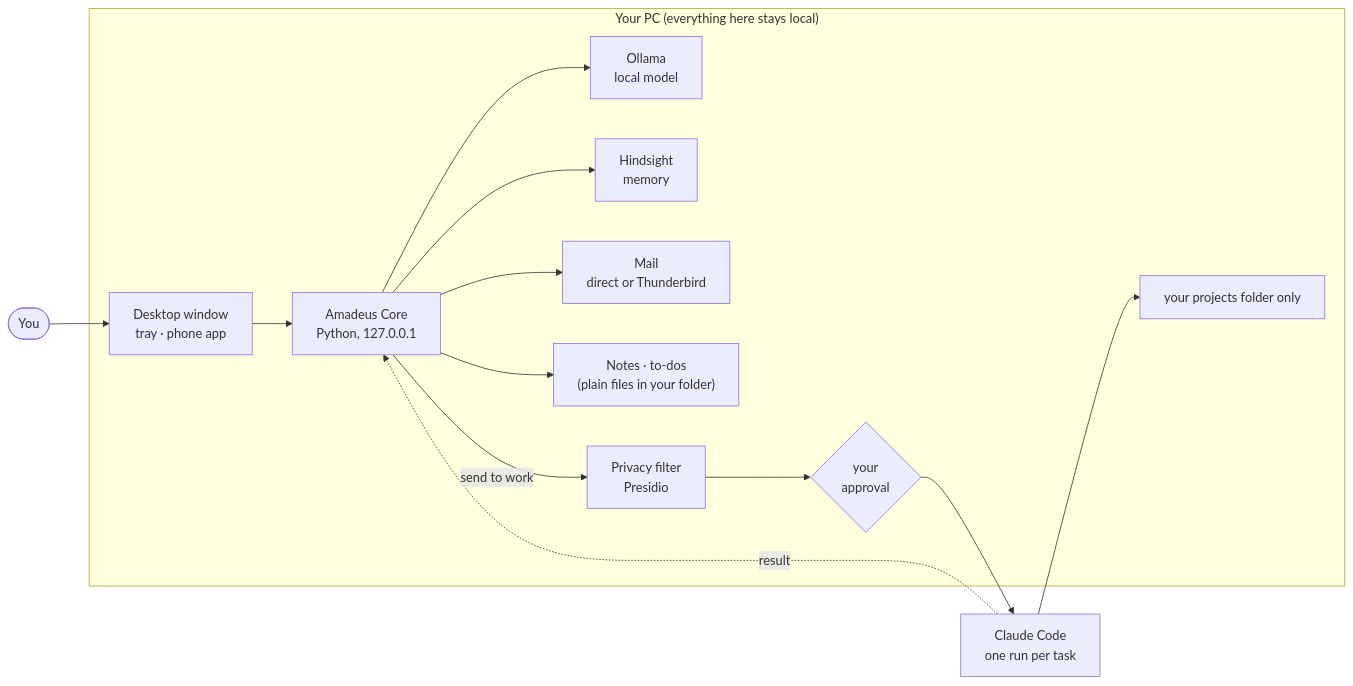
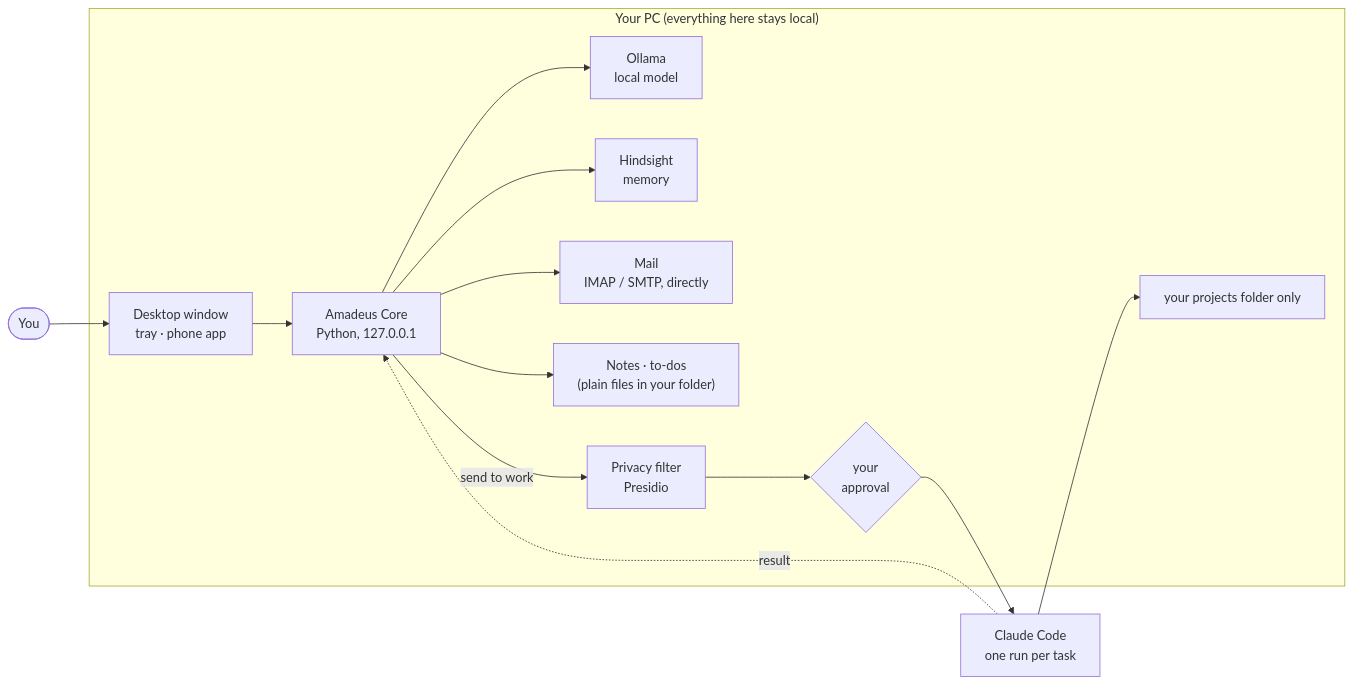
One commit to IAbrahamI/Amadeus changed the diagram in README.md. Above: the diagram before and after it, drawn with Mermaid. The commit also changed other lines of this file and 28 other files, not shown here.

Commit message:
Mail without Thunderbird: every account is connected directly (mail.py is the one door), your provider reports new mail the moment it arrives (IMAP IDLE, renewed, with backoff), the bridge, its add-on, installer step and docs are gone, and updating removes an older install's bridge files

````diff
--- a/README.md
+++ b/README.md
@@ -59,26 +59,26 @@
 ```mermaid
 flowchart LR
     you([You]) --> ui["Desktop window<br/>tray · phone app"]
     ui --> core["Amadeus Core<br/>Python, 127.0.0.1"]
     core --> llm["Ollama<br/>local model"]
     core --> mem["Hindsight<br/>memory"]
-    core --> tb["Mail<br/>direct or Thunderbird"]
+    core --> tb["Mail<br/>IMAP / SMTP, directly"]
     core --> notesfiles["Notes · to-dos<br/>(plain files in your folder)"]
     core -- "send to work" --> filter["Privacy filter<br/>Presidio"]
     filter --> ok{"your<br/>approval"}
     ok --> cc["Claude Code<br/>one run per task"]
     cc --> projects["your projects folder only"]
     cc -. result .-> core
 
     subgraph pc ["Your PC (everything here stays local)"]
       ui
       core
       llm
       mem
       tb
       notesfiles
       filter
       ok
       projects
     end
 ```
````
